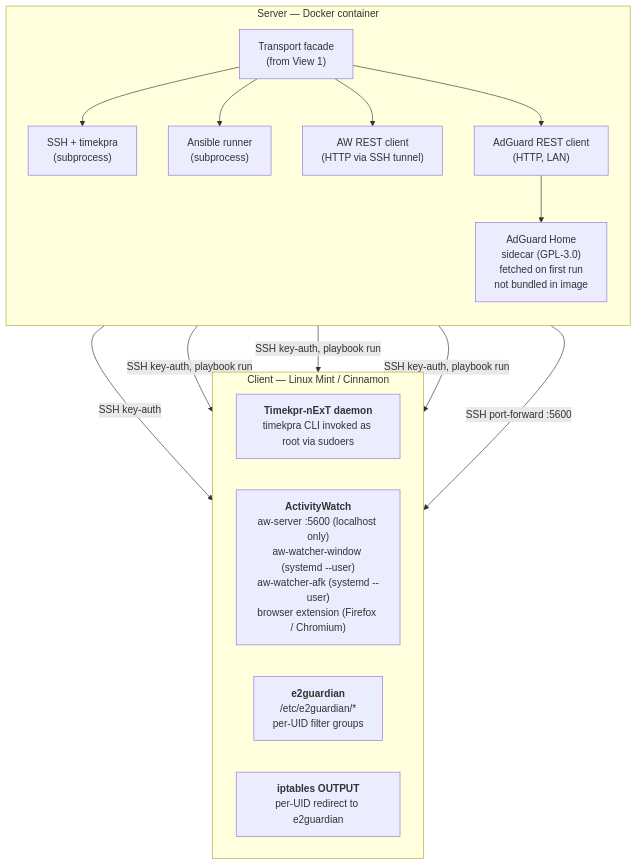
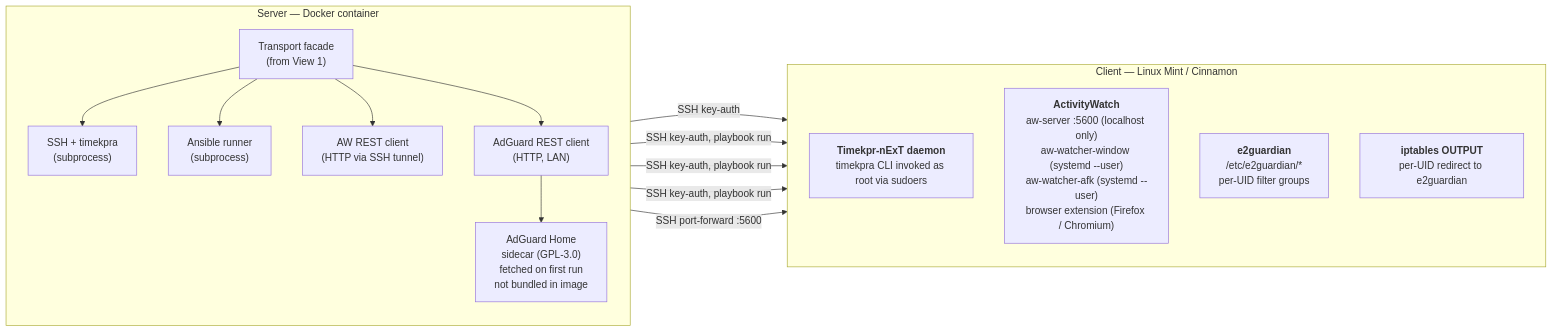
One commit to BenSeymourODB/linux-parental-controls-toolkit changed the second of 2 diagrams in docs/architecture.md. Above: the diagram before and after it, drawn with Mermaid. The commit also changed other lines of this file, not shown here.

Commit message:
Lay out View 2 left-to-right with vertically-stacked subgraphs
Mermaid kept rendering View 2 with Server and Client side-by-side
regardless of the top-level TB direction. Switching the top-level
direction to LR turns that into the intended visual: Server on the
left, Client on the right, each containing vertically-stacked nodes
(TB direction within the subgraph).

A short caption above the diagram explains the new reading order.

https://claude.ai/code/session_01F3x2gqVARMe5on37Zo61eK

````diff
--- a/docs/architecture.md
+++ b/docs/architecture.md
@@ -61,32 +63,32 @@
 ```mermaid
-flowchart TB
+flowchart LR
     subgraph Server["Server — Docker container"]
         direction TB
         Transport["Transport facade<br/>(from View 1)"]
         SSHTr["SSH + timekpra<br/>(subprocess)"]
         AnsTr["Ansible runner<br/>(subprocess)"]
         AWTr["AW REST client<br/>(HTTP via SSH tunnel)"]
         AGTr["AdGuard REST client<br/>(HTTP, LAN)"]
         AdGuard["AdGuard Home<br/>sidecar (GPL-3.0)<br/>fetched on first run<br/>not bundled in image"]
 
         Transport --> SSHTr
         Transport --> AnsTr
         Transport --> AWTr
         Transport --> AGTr
         AGTr --> AdGuard
     end
 
     subgraph Client["Client — Linux Mint / Cinnamon"]
-        direction LR
+        direction TB
         Timekpr["<b>Timekpr-nExT daemon</b><br/>timekpra CLI invoked as root via sudoers"]
         AWClient["<b>ActivityWatch</b><br/>aw-server :5600 (localhost only)<br/>aw-watcher-window (systemd --user)<br/>aw-watcher-afk (systemd --user)<br/>browser extension (Firefox / Chromium)"]
         E2GClient["<b>e2guardian</b><br/>/etc/e2guardian/*<br/>per-UID filter groups"]
         IPTClient["<b>iptables OUTPUT</b><br/>per-UID redirect to e2guardian"]
     end
 
     SSHTr -->|SSH key-auth| Timekpr
     AnsTr -->|SSH key-auth, playbook run| E2GClient
     AnsTr -->|SSH key-auth, playbook run| IPTClient
     AnsTr -->|SSH key-auth, playbook run| AWClient
     AWTr -->|SSH port-forward :5600| AWClient
 ```
````
